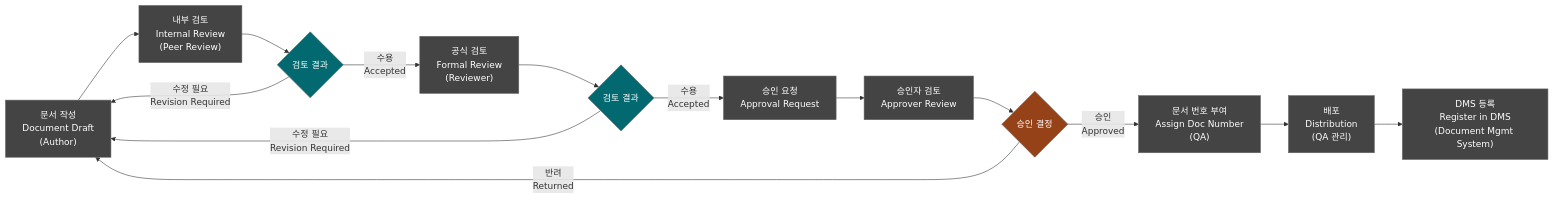
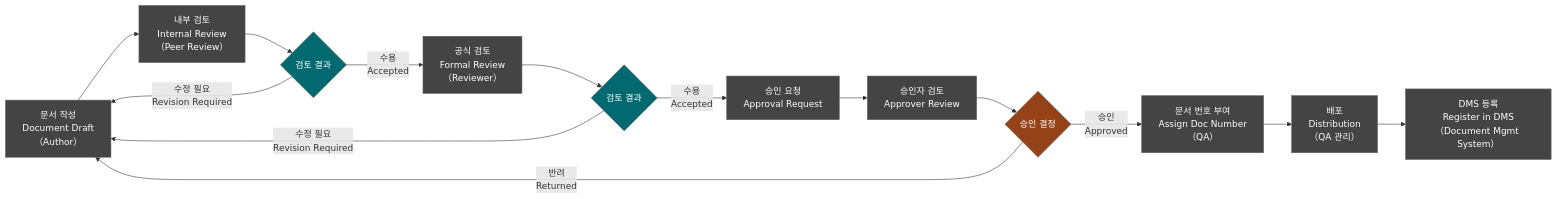
One commit to holee9/console-gui changed diagram 15 of 15 in docs/management/DOC-003a_SW_Development_Procedure_v1.0.md. Above: the diagram before and after it, drawn with Mermaid. The commit also changed other lines of this file and 22 other files, not shown here.

First line of the commit message:
fix: Mermaid flowchart 노드 내 괄호 파싱 오류 전면 수정

````diff
--- a/docs/management/DOC-003a_SW_Development_Procedure_v1.0.md
+++ b/docs/management/DOC-003a_SW_Development_Procedure_v1.0.md
@@ -1309,21 +1309,21 @@
 ```mermaid
 flowchart LR
     classDef default fill:#444,stroke:#666,color:#fff
-    A["문서 작성\nDocument Draft\n(Author)"] --> B["내부 검토\nInternal Review\n(Peer Review)"]
+    A["문서 작성\nDocument Draft\n（Author）"] --> B["내부 검토\nInternal Review\n（Peer Review）"]
     B --> C{검토 결과}
     C -->|"수정 필요\nRevision Required"| A
-    C -->|"수용\nAccepted"| D["공식 검토\nFormal Review\n(Reviewer)"]
+    C -->|"수용\nAccepted"| D["공식 검토\nFormal Review\n（Reviewer）"]
     D --> E{검토 결과}
     E -->|"수정 필요\nRevision Required"| A
     E -->|"수용\nAccepted"| F["승인 요청\nApproval Request"]
     F --> G["승인자 검토\nApprover Review"]
     G --> H{승인 결정}
-    H -->|"승인\nApproved"| I["문서 번호 부여\nAssign Doc Number\n(QA)"]
+    H -->|"승인\nApproved"| I["문서 번호 부여\nAssign Doc Number\n（QA）"]
     H -->|"반려\nReturned"| A
-    I --> J["배포\nDistribution\n(QA 관리)"]
-    J --> K["DMS 등록\nRegister in DMS\n(Document Mgmt System)"]
+    I --> J["배포\nDistribution\n（QA 관리）"]
+    J --> K["DMS 등록\nRegister in DMS\n（Document Mgmt System）"]
 
     style C fill:#01696F,color:#fff
     style E fill:#01696F,color:#fff
     style H fill:#964219,color:#fff
 ```
````
